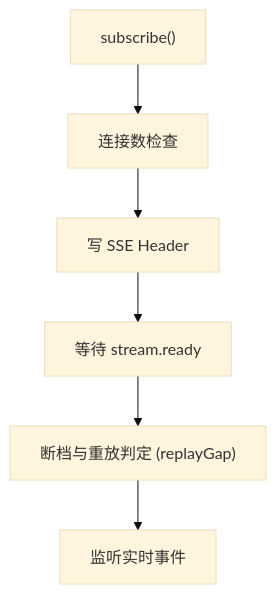
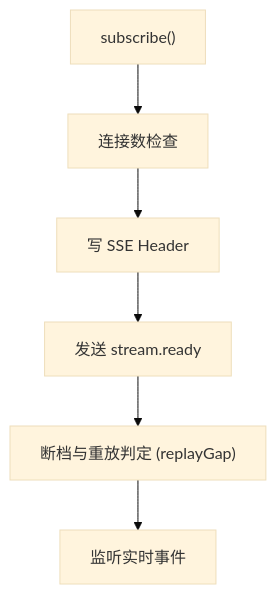
One commit to ermu03/emu-chat changed the third of 3 diagrams in docs/04-server-internals.md. Above: the diagram before and after it, drawn with Mermaid (base theme). The commit also changed other lines of this file and 13 other files, not shown here.

````diff
--- a/docs/04-server-internals.md
+++ b/docs/04-server-internals.md
@@ -108,8 +109,8 @@
 ```mermaid
 flowchart TD
     Sub["subscribe()"] --> CheckLimits["连接数检查"]
     CheckLimits --> WriteHeader["写 SSE Header"]
-    WriteHeader --> StreamReady["等待 stream.ready"]
+    WriteHeader --> StreamReady["发送 stream.ready"]
     StreamReady --> ReplayCheck["断档与重放判定 (replayGap)"]
     ReplayCheck --> ListenEvents["监听实时事件"]
 ```
````
